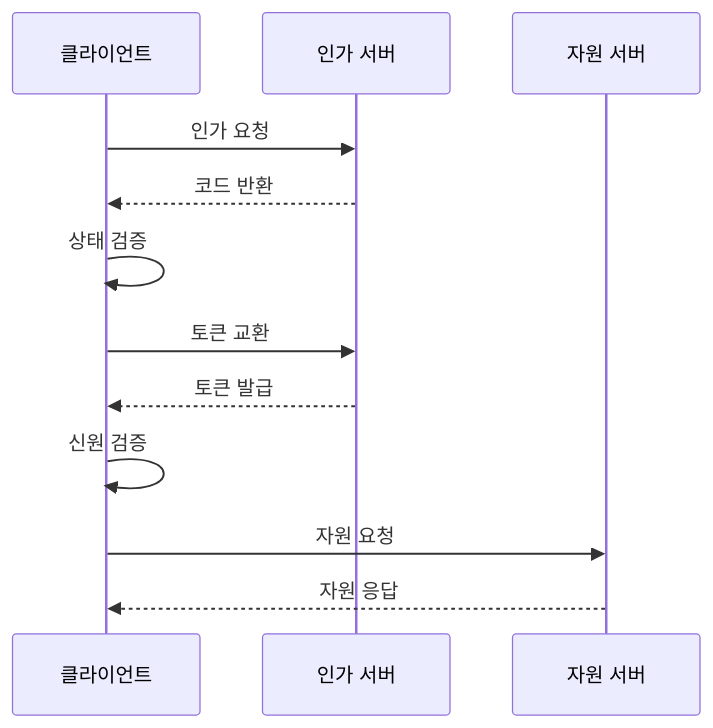
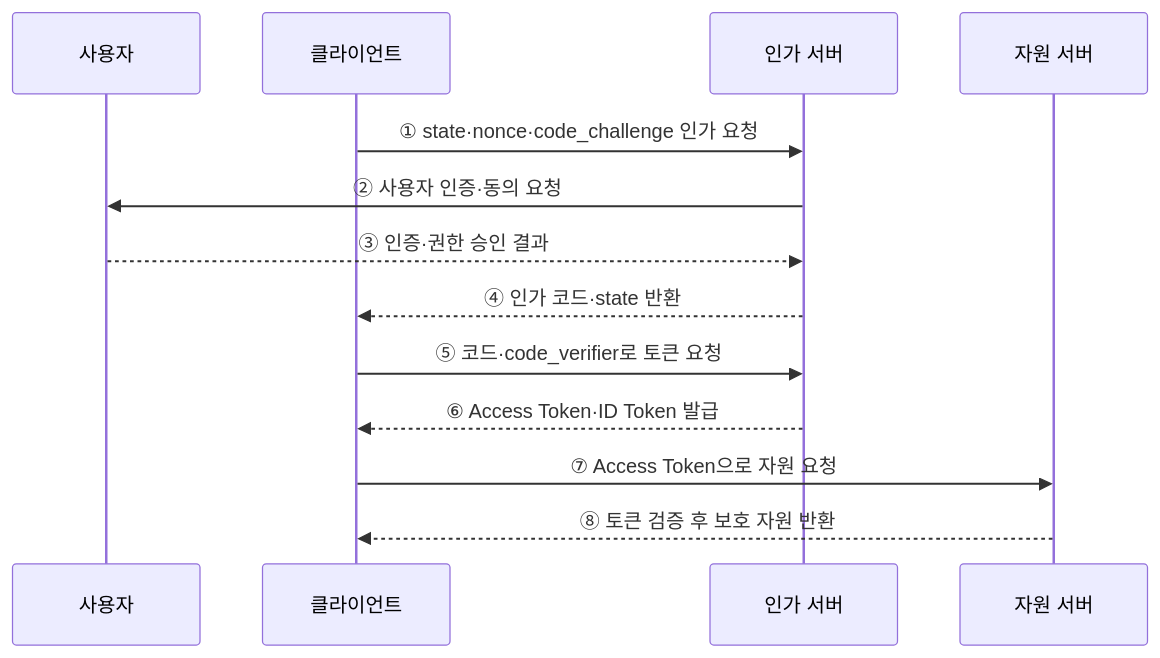
Before and after one commit to agnusdei1207/knowledge-base: the second of 2 diagrams in src/content/docs/notes/03-software/174_oauth2_oidc.md, drawn with Mermaid. The commit also changed other lines of this file and 20 other files, not shown here.

````diff
--- a/src/content/docs/notes/03-software/174_oauth2_oidc.md
+++ b/src/content/docs/notes/03-software/174_oauth2_oidc.md
@@ -76,14 +73,15 @@
 ```mermaid
 sequenceDiagram
+    participant U as 사용자
     participant C as 클라이언트
     participant A as 인가 서버
     participant R as 자원 서버
-    C->>A: 인가 요청
-    A-->>C: 코드 반환
-    C->>C: 상태 검증
-    C->>A: 토큰 교환
-    A-->>C: 토큰 발급
-    C->>C: 신원 검증
-    C->>R: 자원 요청
-    R-->>C: 자원 응답
+    C->>A: ① state·nonce·code_challenge 인가 요청
+    A->>U: ② 사용자 인증·동의 요청
+    U-->>A: ③ 인증·권한 승인 결과
+    A-->>C: ④ 인가 코드·state 반환
+    C->>A: ⑤ 코드·code_verifier로 토큰 요청
+    A-->>C: ⑥ Access Token·ID Token 발급
+    C->>R: ⑦ Access Token으로 자원 요청
+    R-->>C: ⑧ 토큰 검증 후 보호 자원 반환
 ```
````
